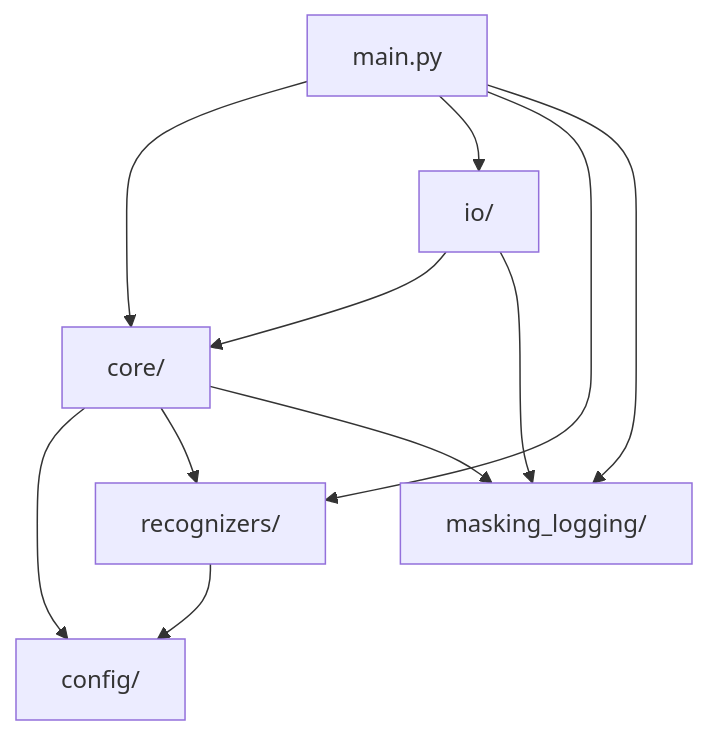
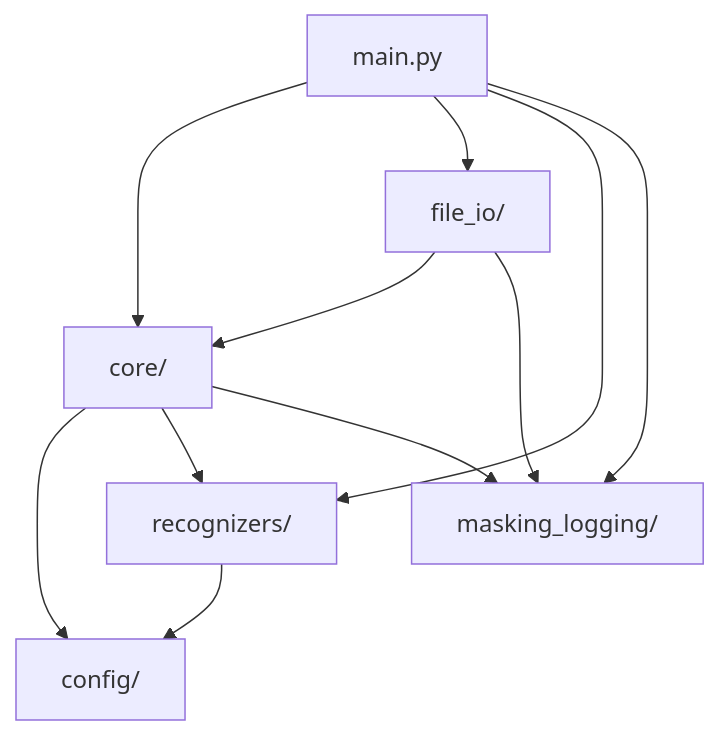
Before and after one commit to shkond/pdfmasking: the diagram in doc/ARCHITECTURE.md, drawn with Mermaid. The commit also changed other lines of this file and 39 other files, not shown here.

````diff
--- a/doc/ARCHITECTURE.md
+++ b/doc/ARCHITECTURE.md
@@ -67,16 +67,16 @@
 ```mermaid
 graph TD
     main[main.py] --> core[core/]
-    main --> io[io/]
+    main --> file_io[file_io/]
     main --> recognizers[recognizers/]
     main --> masking_logging[masking_logging/]
     
     core --> config[config/]
     core --> recognizers
     core --> masking_logging
     
-    io --> core
-    io --> masking_logging
+    file_io --> core
+    file_io --> masking_logging
     
     recognizers --> config
 ```
````
